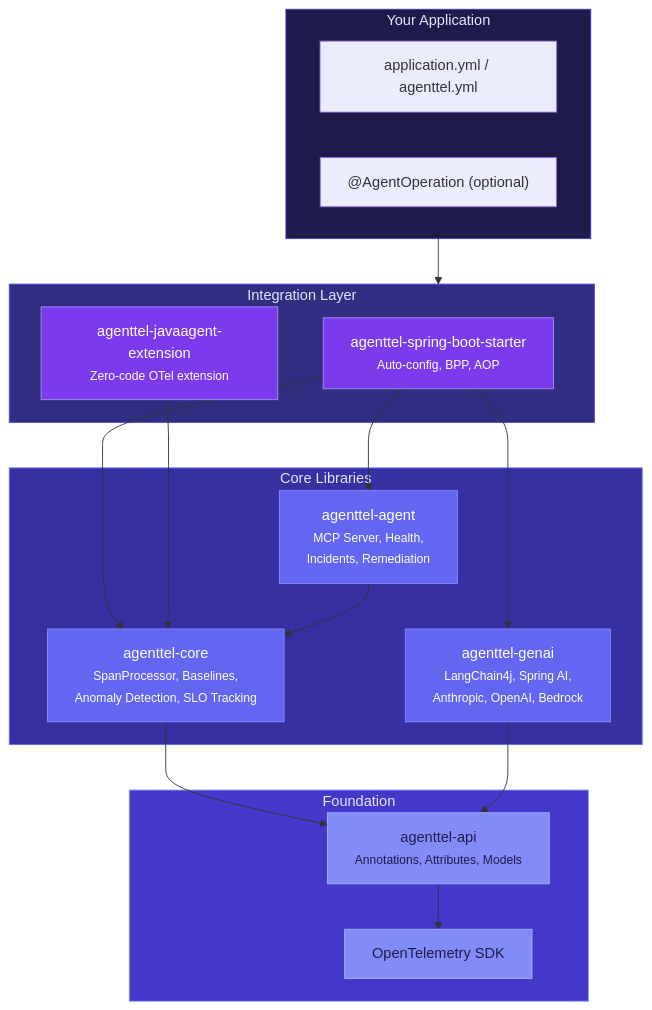
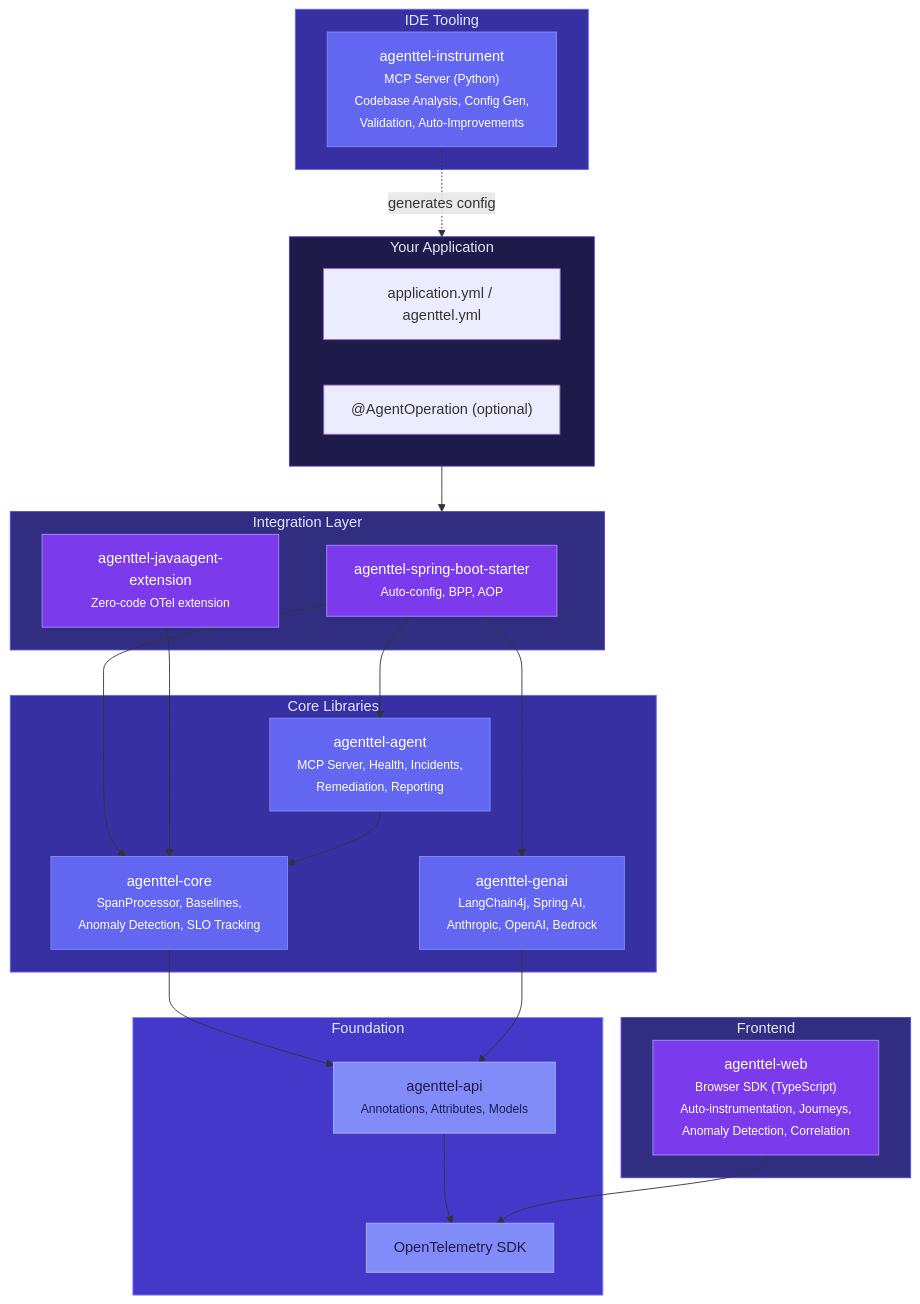
The second of 2 diagrams in docs/index.md (rrohitramsen/AgentTel), drawn with Mermaid before and after one commit. The commit also changed other lines of this file and 4 other files, not shown here.

````diff
--- a/docs/index.md
+++ b/docs/index.md
@@ -133,45 +149,59 @@
 ```mermaid
 graph TB
     subgraph App["Your Application"]
         YML["application.yml / agenttel.yml"]
         ANN["@AgentOperation (optional)"]
+    end
+
+    subgraph Frontend["Frontend"]
+        WEB["agenttel-web<br/><small>Browser SDK (TypeScript)<br/>Auto-instrumentation, Journeys,<br/>Anomaly Detection, Correlation</small>"]
     end
 
     subgraph Integration["Integration Layer"]
         SBS["agenttel-spring-boot-starter<br/><small>Auto-config, BPP, AOP</small>"]
         JAE["agenttel-javaagent-extension<br/><small>Zero-code OTel extension</small>"]
     end
 
     subgraph Core["Core Libraries"]
         COR["agenttel-core<br/><small>SpanProcessor, Baselines,<br/>Anomaly Detection, SLO Tracking</small>"]
         GEN["agenttel-genai<br/><small>LangChain4j, Spring AI,<br/>Anthropic, OpenAI, Bedrock</small>"]
-        AGT["agenttel-agent<br/><small>MCP Server, Health,<br/>Incidents, Remediation</small>"]
+        AGT["agenttel-agent<br/><small>MCP Server, Health, Incidents,<br/>Remediation, Reporting</small>"]
+    end
+
+    subgraph Tooling["IDE Tooling"]
+        INS["agenttel-instrument<br/><small>MCP Server (Python)<br/>Codebase Analysis, Config Gen,<br/>Validation, Auto-Improvements</small>"]
     end
 
     subgraph Foundation["Foundation"]
         API["agenttel-api<br/><small>Annotations, Attributes, Models</small>"]
         OTEL["OpenTelemetry SDK"]
     end
 
     App --> Integration
     SBS --> COR
     SBS --> GEN
     SBS --> AGT
     JAE --> COR
     COR --> API
     GEN --> API
     AGT --> COR
     API --> OTEL
+    WEB --> OTEL
+    INS -.->|"generates config"| App
 
     style App fill:#1e1b4b,stroke:#4338ca,color:#e0e7ff
+    style Frontend fill:#312e81,stroke:#4f46e5,color:#e0e7ff
     style Integration fill:#312e81,stroke:#4f46e5,color:#e0e7ff
     style Core fill:#3730a3,stroke:#6366f1,color:#e0e7ff
+    style Tooling fill:#3730a3,stroke:#6366f1,color:#e0e7ff
     style Foundation fill:#4338ca,stroke:#818cf8,color:#e0e7ff
     style SBS fill:#7c3aed,stroke:#a78bfa,color:#fff
     style JAE fill:#7c3aed,stroke:#a78bfa,color:#fff
+    style WEB fill:#7c3aed,stroke:#a78bfa,color:#fff
+    style INS fill:#6366f1,stroke:#818cf8,color:#fff
     style COR fill:#6366f1,stroke:#818cf8,color:#fff
     style GEN fill:#6366f1,stroke:#818cf8,color:#fff
     style AGT fill:#6366f1,stroke:#818cf8,color:#fff
     style API fill:#818cf8,stroke:#a5b4fc,color:#1e1b4b
     style OTEL fill:#818cf8,stroke:#a5b4fc,color:#1e1b4b
 ```
````
